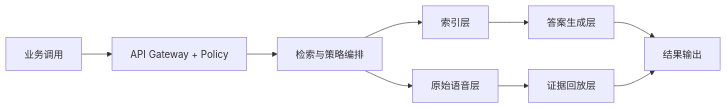
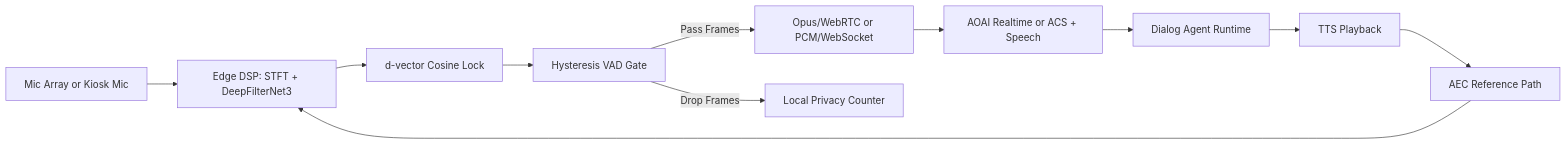
Before and after one commit to turbo998/ai-infra-lab: the first of 2 diagrams in docs/azure-agent-infra/noisy-far-field-voice-agent-edge-deepfilternet-voicefilter-vs-acs-webrtc-speech-vs-aoai-realtime-selection-faq.md, drawn with Mermaid. The commit also changed other lines of this file and 1 other file, not shown here.

Commit message:
fix(azure-agent-infra): rewrite #455 with genuine far-field voice acoustic SA prose

````diff
--- a/docs/azure-agent-infra/noisy-far-field-voice-agent-edge-deepfilternet-voicefilter-vs-acs-webrtc-speech-vs-aoai-realtime-selection-faq.md
+++ b/docs/azure-agent-infra/noisy-far-field-voice-agent-edge-deepfilternet-voicefilter-vs-acs-webrtc-speech-vs-aoai-realtime-selection-faq.md
@@ -60,11 +58,13 @@
 ```mermaid
 flowchart LR
-  User[业务调用] --> Gateway[API Gateway + Policy]
-  Gateway --> Planner[检索与策略编排]
-  Planner --> Index[索引层]
-  Planner --> Blob[原始语音层]
-  Index --> Answer[答案生成层]
-  Blob --> Evidence[证据回放层]
-  Answer --> Output[结果输出]
-  Evidence --> Output
+  Mic[Mic Array or Kiosk Mic] --> EdgeDSP[Edge DSP: STFT + DeepFilterNet3]
+  EdgeDSP --> SpeakerLock[d-vector Cosine Lock]
+  SpeakerLock --> Gate[Hysteresis VAD Gate]
+  Gate -->|Pass Frames| Uplink[Opus/WebRTC or PCM/WebSocket]
+  Gate -->|Drop Frames| LocalAudit[Local Privacy Counter]
+  Uplink --> CloudRT[AOAI Realtime or ACS + Speech]
+  CloudRT --> Agent[Dialog Agent Runtime]
+  Agent --> TTS[TTS Playback]
+  TTS --> EchoRef[AEC Reference Path]
+  EchoRef --> EdgeDSP
 ```
````
